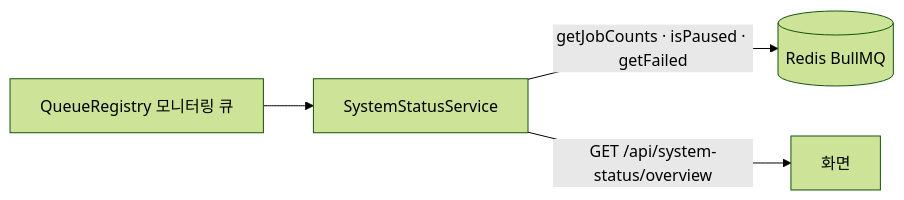
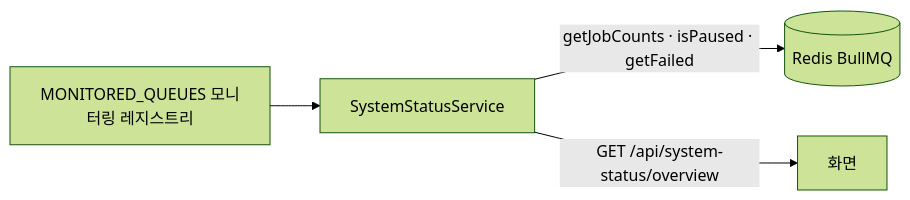
Before and after one commit to worker-ants/clemvion: the second of 2 diagrams in spec/CLE-OBS/CLE-OBS-STATUS.md, drawn with Mermaid (forest theme). The commit also changed other lines of this file and 13 other files, not shown here.

First line of the commit message:
fix(system-status): 잘못된 환경 변수를 기본값으로 대신하고 화면 문구를 해요체로 바꾼다 (CLE-T-9DBM7V) (#1509)

````diff
--- a/spec/CLE-OBS/CLE-OBS-STATUS.md
+++ b/spec/CLE-OBS/CLE-OBS-STATUS.md
@@ -219,6 +227,6 @@
 ```mermaid
 flowchart LR
-  REG[QueueRegistry 모니터링 큐] --> SSS[SystemStatusService]
+  REG[MONITORED_QUEUES 모니터링 레지스트리] --> SSS[SystemStatusService]
   SSS -->|getJobCounts · isPaused · getFailed| REDIS[(Redis BullMQ)]
   SSS -->|GET /api/system-status/overview| Client[화면]
 ```
````
